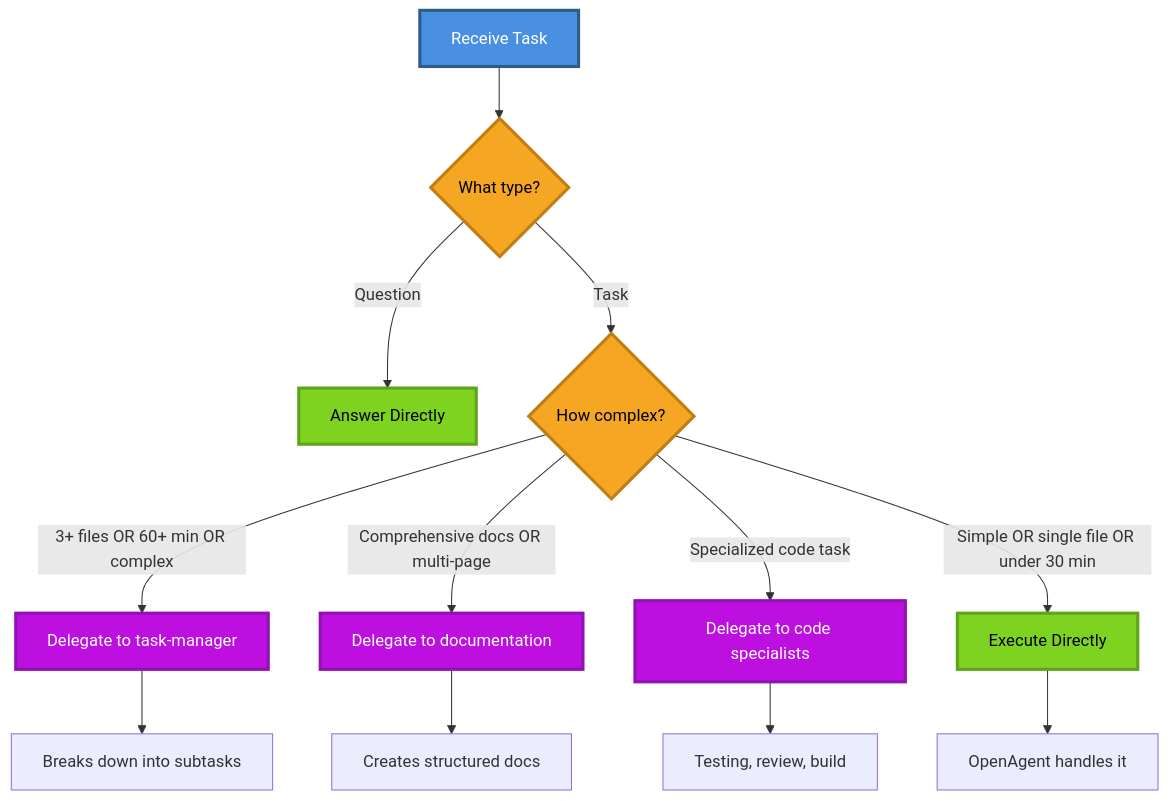
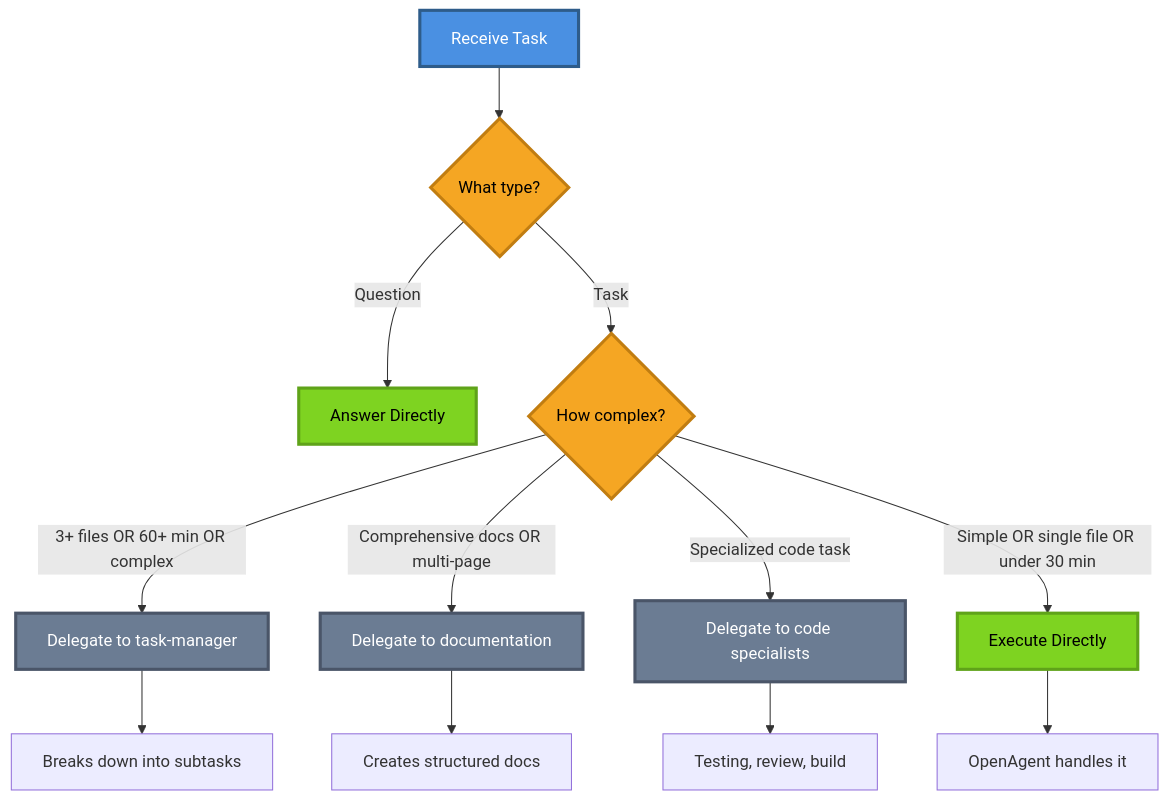
Diagram 14 of 17 in docs/agents/openagent.md (shahboura/agents-copilot), drawn with Mermaid before and after one commit. The commit also changed other lines of this file and 25 other files, not shown here.

````diff
--- a/docs/agents/openagent.md
+++ b/docs/agents/openagent.md
@@ -485,29 +684,29 @@
 ```mermaid
 graph TD
     A[Receive Task] --> B{What type?}
     
     B -->|Question| C[Answer Directly]
     
     B -->|Task| D{How complex?}
     
     D -->|3+ files OR 60+ min OR complex| E[Delegate to task-manager]
     E --> E1[Breaks down into subtasks]
     
     D -->|Comprehensive docs OR multi-page| F[Delegate to documentation]
     F --> F1[Creates structured docs]
     
     D -->|Specialized code task| G[Delegate to code specialists]
     G --> G1[Testing, review, build]
     
     D -->|Simple OR single file OR under 30 min| H[Execute Directly]
     H --> H1[OpenAgent handles it]
     
     style A fill:#4A90E2,stroke:#2E5C8A,stroke-width:3px,color:#fff
     style B fill:#F5A623,stroke:#C17D11,stroke-width:3px,color:#000
     style C fill:#7ED321,stroke:#5FA319,stroke-width:3px,color:#000
     style D fill:#F5A623,stroke:#C17D11,stroke-width:3px,color:#000
-    style E fill:#BD10E0,stroke:#9012B3,stroke-width:3px,color:#fff
-    style F fill:#BD10E0,stroke:#9012B3,stroke-width:3px,color:#fff
-    style G fill:#BD10E0,stroke:#9012B3,stroke-width:3px,color:#fff
+    style E fill:#6B7C93,stroke:#4A5568,stroke-width:3px,color:#fff
+    style F fill:#6B7C93,stroke:#4A5568,stroke-width:3px,color:#fff
+    style G fill:#6B7C93,stroke:#4A5568,stroke-width:3px,color:#fff
     style H fill:#7ED321,stroke:#5FA319,stroke-width:3px,color:#000
 ```
````
